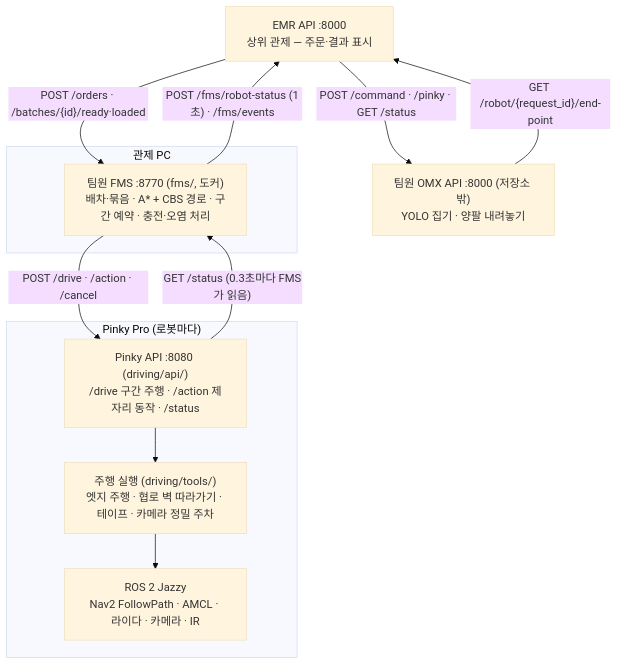
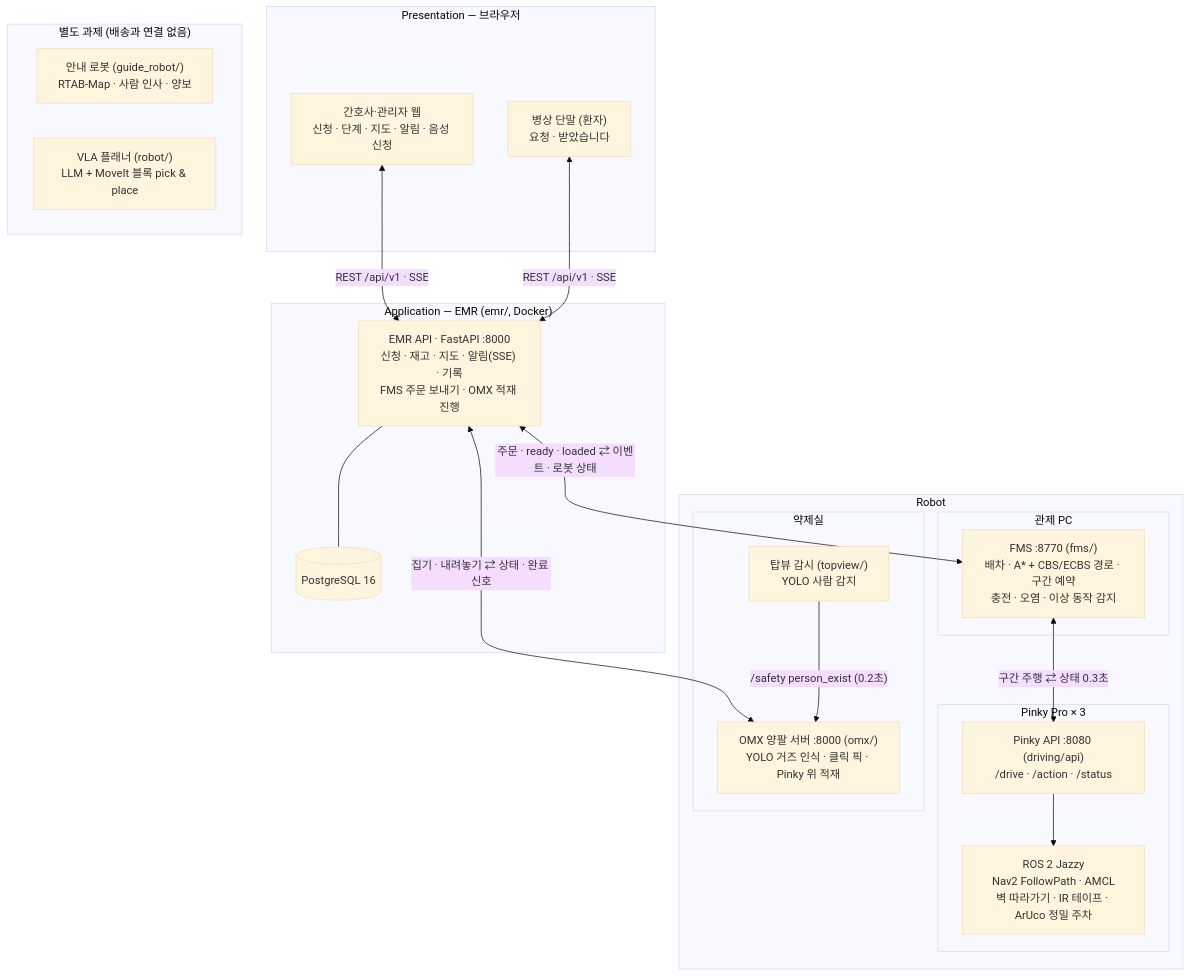
The diagram in docs/architecture/README.md (kernel-robot-9th/kernel-robot-repo-2), drawn with Mermaid (base theme) before and after one commit. The commit also changed other lines of this file and 8 other files, not shown here.

````diff
--- a/docs/architecture/README.md
+++ b/docs/architecture/README.md
@@ -77,20 +19,39 @@
 ```mermaid
 flowchart TB
-  EMR["EMR API :8000<br/>상위 관제 — 주문·결과 표시"]
-  subgraph PC["관제 PC"]
-    FMS["팀원 FMS :8770 (fms/, 도커)<br/>배차·묶음 · A* + CBS 경로 · 구간 예약 · 충전·오염 처리"]
+  subgraph P["Presentation — 브라우저"]
+    UI["간호사·관리자 웹<br/>신청 · 단계 · 지도 · 알림 · 음성 신청"]
+    BED["병상 단말 (환자)<br/>요청 · 받았습니다"]
   end
-  subgraph PK["Pinky Pro (로봇마다)"]
-    API["Pinky API :8080 (driving/api/)<br/>/drive 구간 주행 · /action 제자리 동작 · /status"]
-    EXE["주행 실행 (driving/tools/)<br/>엣지 주행 · 협로 벽 따라가기 · 테이프 · 카메라 정밀 주차"]
-    ROS["ROS 2 Jazzy<br/>Nav2 FollowPath · AMCL · 라이다 · 카메라 · IR"]
+
+  subgraph A["Application — EMR (emr/, Docker)"]
+    API["EMR API · FastAPI :8000<br/>신청 · 재고 · 지도 · 알림(SSE) · 기록<br/>FMS 주문 보내기 · OMX 적재 진행"]
+    DB[("PostgreSQL 16")]
   end
-  OMX["팀원 OMX API :8000 (저장소 밖)<br/>YOLO 집기 · 양팔 내려놓기"]
-  EMR -- "POST /orders · /batches/{id}/ready·loaded" --> FMS
-  FMS -- "POST /fms/robot-status (1초) · /fms/events" --> EMR
-  FMS -- "POST /drive · /action · /cancel" --> API
-  API -- "GET /status (0.3초마다 FMS가 읽음)" --> FMS
-  API --> EXE --> ROS
-  EMR -- "POST /command · /pinky · GET /status" --> OMX
-  OMX -- "GET /robot/{request_id}/end-point" --> EMR
+
+  subgraph R["Robot"]
+    subgraph PC["관제 PC"]
+      FMS["FMS :8770 (fms/)<br/>배차 · A* + CBS/ECBS 경로 · 구간 예약<br/>충전 · 오염 · 이상 동작 감지"]
+    end
+    subgraph PK["Pinky Pro × 3"]
+      PAPI["Pinky API :8080 (driving/api)<br/>/drive · /action · /status"]
+      ROS["ROS 2 Jazzy<br/>Nav2 FollowPath · AMCL<br/>벽 따라가기 · IR 테이프 · ArUco 정밀 주차"]
+    end
+    subgraph PH["약제실"]
+      OMX["OMX 양팔 서버 :8000 (omx/)<br/>YOLO 거즈 인식 · 클릭 픽 · Pinky 위 적재"]
+      TOP["탑뷰 감시 (topview/)<br/>YOLO 사람 감지"]
+    end
+  end
+
+  subgraph S["별도 과제 (배송과 연결 없음)"]
+    GUIDE["안내 로봇 (guide_robot/)<br/>RTAB-Map · 사람 인사 · 양보"]
+    VLA["VLA 플래너 (robot/)<br/>LLM + MoveIt 블록 pick & place"]
+  end
+
+  UI & BED <-->|"REST /api/v1 · SSE"| API
+  API --- DB
+  API <-->|"주문 · ready · loaded ⇄ 이벤트 · 로봇 상태"| FMS
+  FMS <-->|"구간 주행 ⇄ 상태 0.3초"| PAPI
+  PAPI --> ROS
+  API <-->|"집기 · 내려놓기 ⇄ 상태 · 완료 신호"| OMX
+  TOP -->|"/safety person_exist (0.2초)"| OMX
 ```
````
